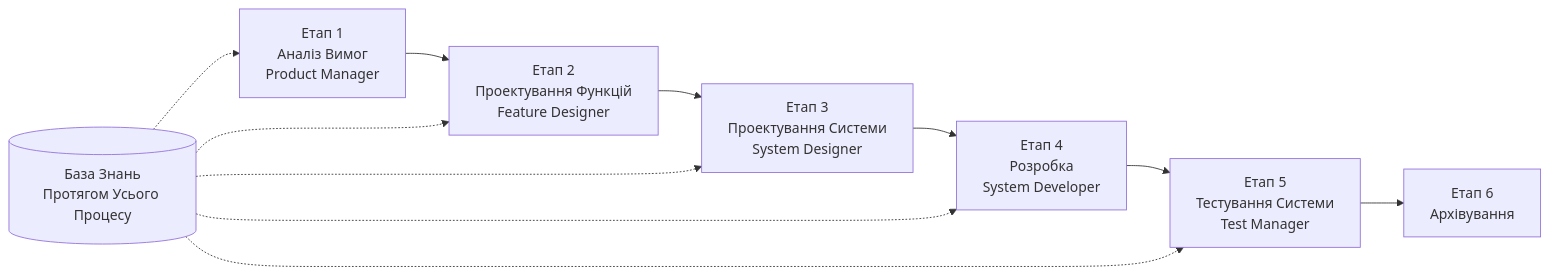
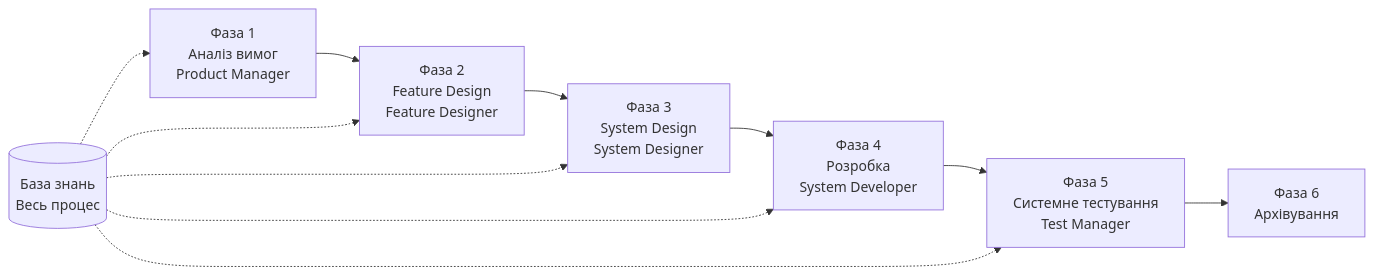
Before and after one commit to charlesmu99/speccrew: the diagram in docs/GETTING-STARTED.uk.md, drawn with Mermaid. The commit also changed other lines of this file and 32 other files, not shown here.

Commit message:
feat(system-developer): optimize Agent definition and split desktop/review Skills

````diff
--- a/docs/GETTING-STARTED.uk.md
+++ b/docs/GETTING-STARTED.uk.md
@@ -70,14 +144,14 @@
 ```mermaid
 flowchart LR
-    PRD[Етап 1<br/>Аналіз Вимог<br/>Product Manager] --> FD[Етап 2<br/>Проектування Функцій<br/>Feature Designer]
-    FD --> SD[Етап 3<br/>Проектування Системи<br/>System Designer]
-    SD --> DEV[Етап 4<br/>Розробка<br/>System Developer]
-    DEV --> TEST[Етап 5<br/>Тестування Системи<br/>Test Manager]
-    TEST --> ARCHIVE[Етап 6<br/>Архівування]
+    PRD[Фаза 1<br/>Аналіз вимог<br/>Product Manager] --> FD[Фаза 2<br/>Feature Design<br/>Feature Designer]
+    FD --> SD[Фаза 3<br/>System Design<br/>System Designer]
+    SD --> DEV[Фаза 4<br/>Розробка<br/>System Developer]
+    DEV --> TEST[Фаза 5<br/>Системне тестування<br/>Test Manager]
+    TEST --> ARCHIVE[Фаза 6<br/>Архівування]
     
-    KB[(База Знань<br/>Протягом Усього Процесу)] -.-> PRD
+    KB[(База знань<br/>Весь процес)] -.-> PRD
     KB -.-> FD
     KB -.-> SD
     KB -.-> DEV
     KB -.-> TEST
 ```
````
